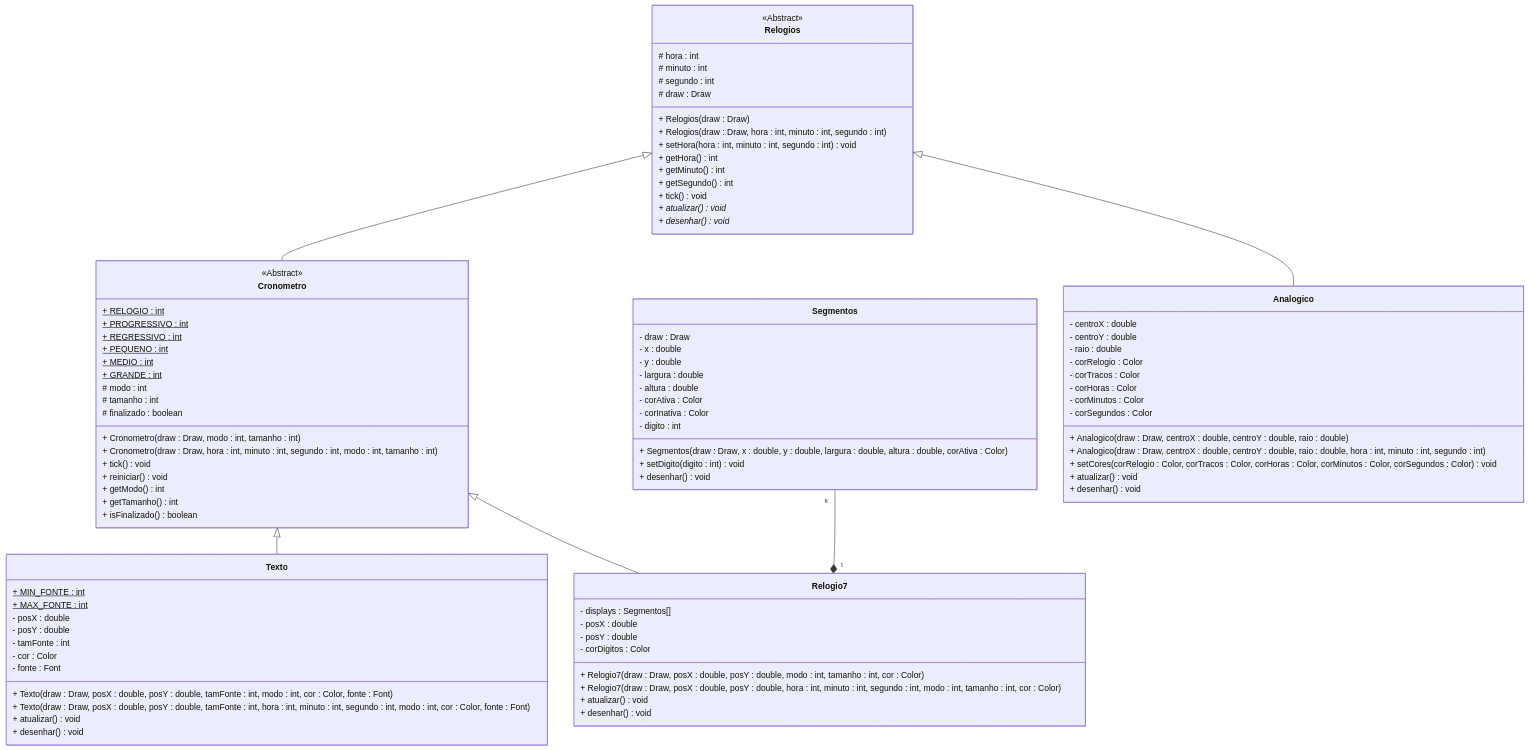
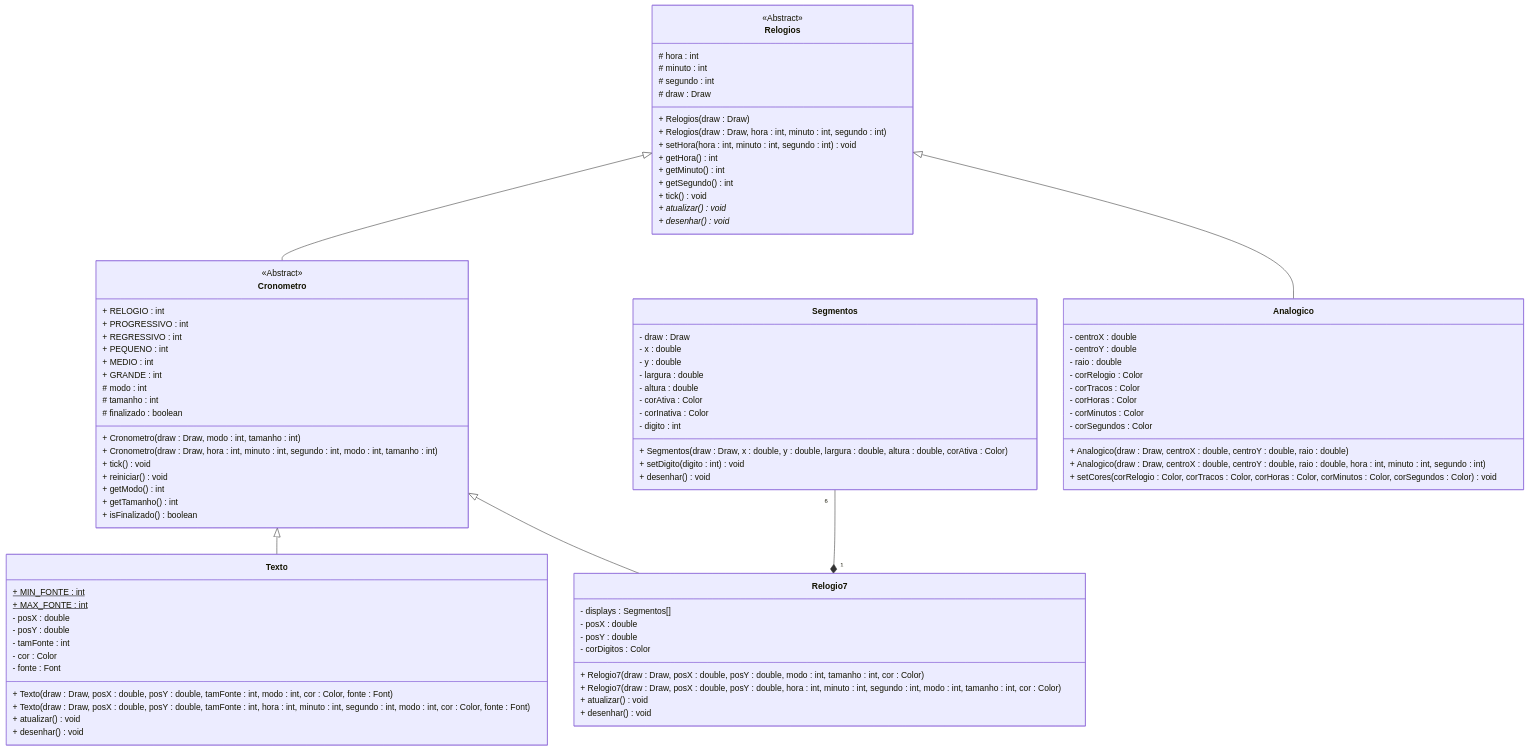
One commit to Mi-Claudino/POO2026 changed the diagram in lab6/Readme.md. Above: the diagram before and after it, drawn with Mermaid. The commit also changed 20 other files, not shown here.

```diff
--- a/lab6/Readme.md
+++ b/lab6/Readme.md
@@ -21,12 +21,12 @@
 
     class Cronometro {
         <<Abstract>>
-        + RELOGIO : int$
-        + PROGRESSIVO : int$
-        + REGRESSIVO : int$
-        + PEQUENO : int$
-        + MEDIO : int$
-        + GRANDE : int$
+        + RELOGIO : int
+        + PROGRESSIVO : int
+        + REGRESSIVO : int
+        + PEQUENO : int
+        + MEDIO : int
+        + GRANDE : int
         # modo : int
         # tamanho : int
         # finalizado : boolean
@@ -90,8 +90,6 @@
         + Analogico(draw : Draw, centroX : double, centroY : double, raio : double)
         + Analogico(draw : Draw, centroX : double, centroY : double, raio : double, hora : int, minuto : int, segundo : int)
         + setCores(corRelogio : Color, corTracos : Color, corHoras : Color, corMinutos : Color, corSegundos : Color) void
-        + atualizar() void
-        + desenhar() void
     }
 
 
```
